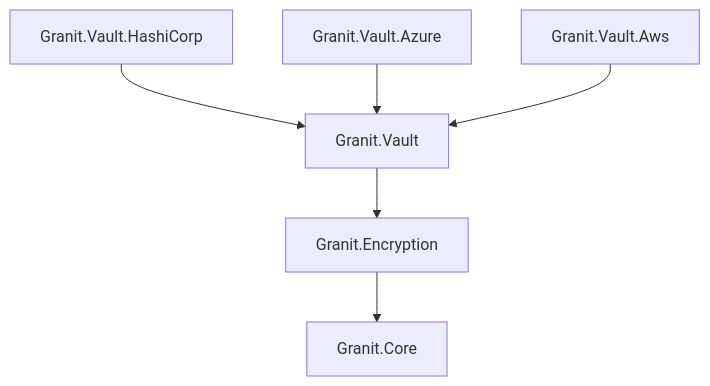
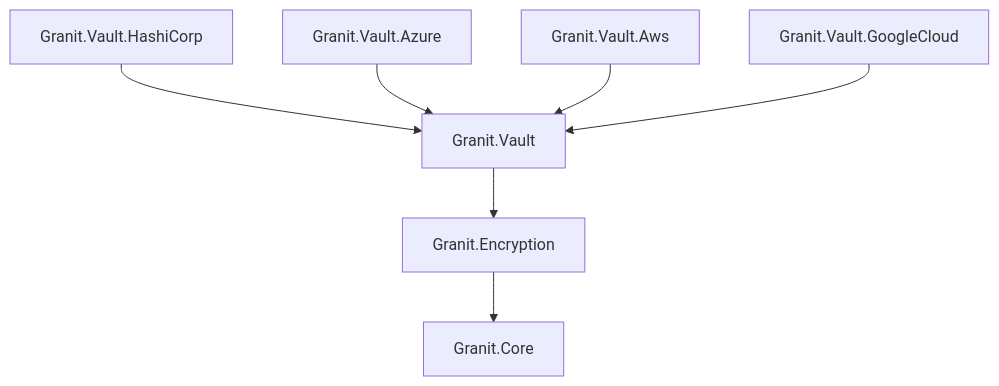
Before and after one commit to enraiz/granit-dotnet: the diagram in docs-site/src/content/docs/reference/modules/vault-encryption.mdx, drawn with Mermaid. The commit also changed other lines of this file and 3 other files, not shown here.

````diff
--- a/docs-site/src/content/docs/reference/modules/vault-encryption.mdx
+++ b/docs-site/src/content/docs/reference/modules/vault-encryption.mdx
@@ -39,8 +41,9 @@
 ```mermaid
 graph TD
     VH[Granit.Vault.HashiCorp] --> V[Granit.Vault]
     VA[Granit.Vault.Azure] --> V
     VAW[Granit.Vault.Aws] --> V
+    VGC[Granit.Vault.GoogleCloud] --> V
     V --> E[Granit.Encryption]
     E --> C[Granit.Core]
 ```
````
